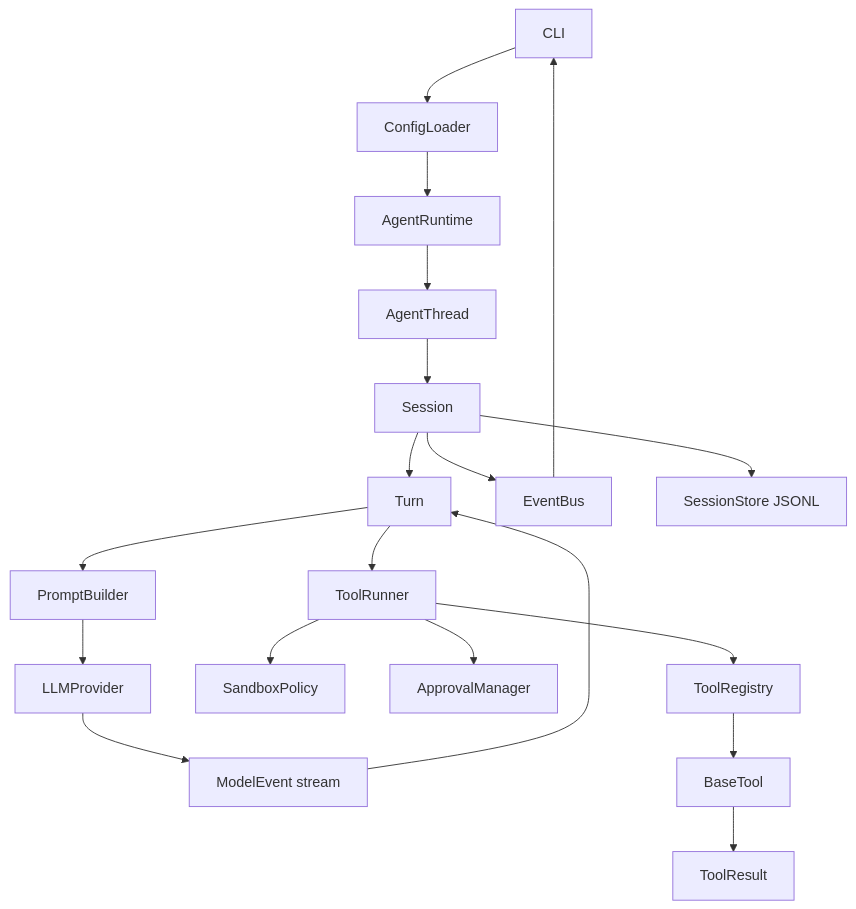
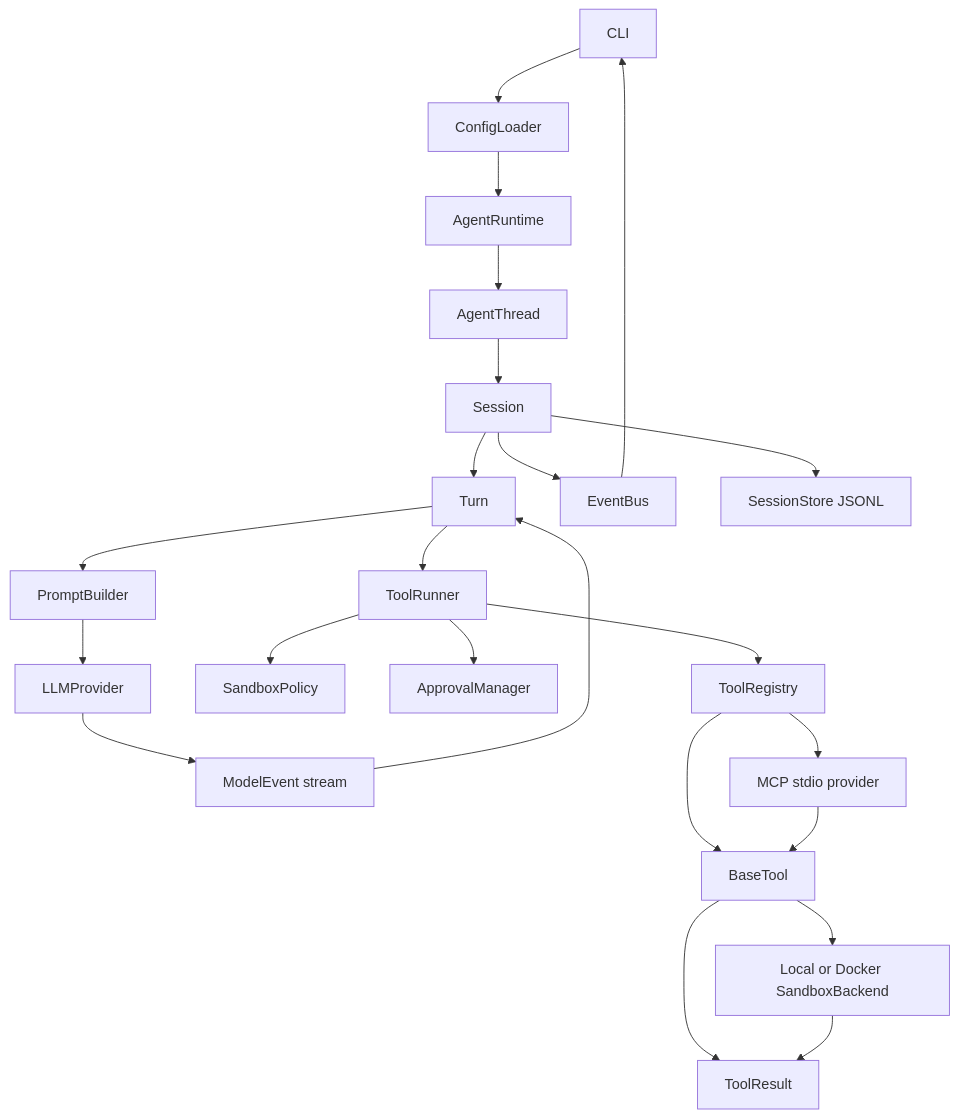
One commit to Dabuliule/codecraft changed the diagram in docs/ARCHITECTURE.md. Above: the diagram before and after it, drawn with Mermaid. The commit also changed other lines of this file and 3 other files, not shown here.

Commit message:
docs: describe sandbox and MCP boundaries

````diff
--- a/docs/ARCHITECTURE.md
+++ b/docs/ARCHITECTURE.md
@@ -18,21 +18,25 @@
 ```mermaid
 flowchart TD
     CLI[CLI] --> ConfigLoader[ConfigLoader]
     ConfigLoader --> Runtime[AgentRuntime]
     Runtime --> Thread[AgentThread]
     Thread --> Session[Session]
     Session --> Turn[Turn]
     Turn --> PromptBuilder[PromptBuilder]
     PromptBuilder --> Provider[LLMProvider]
     Provider --> ModelEvents[ModelEvent stream]
     ModelEvents --> Turn
     Turn --> ToolRunner[ToolRunner]
     ToolRunner --> Sandbox[SandboxPolicy]
     ToolRunner --> Approval[ApprovalManager]
     ToolRunner --> Registry[ToolRegistry]
     Registry --> Tool[BaseTool]
+    Registry --> MCPProvider[MCP stdio provider]
+    MCPProvider --> Tool
+    Tool --> Backend[Local or Docker SandboxBackend]
     Tool --> ToolResult[ToolResult]
+    Backend --> ToolResult
     Session --> EventBus[EventBus]
     Session --> Store[SessionStore JSONL]
     EventBus --> CLI
 ```
````
